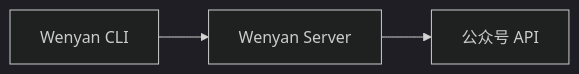
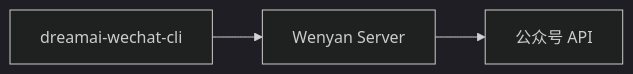
The second of 2 diagrams in README.md (iamtornado/dreamai-wechat-cli), drawn with Mermaid (dark theme) before and after one commit. The commit also changed other lines of this file and 12 other files, not shown here.

Commit message:
feat: rename CLI to dreamai-wechat-cli and update documentation for new command structure

````diff
--- a/README.md
+++ b/README.md
@@ -149,4 +173,4 @@
 ```mermaid
 flowchart LR
-    CLI[Wenyan CLI] --> Server[Wenyan Server] --> Wechat[公众号 API]
+    CLI[dreamai-wechat-cli] --> Server[Wenyan Server] --> Wechat[公众号 API]
 ```
````
